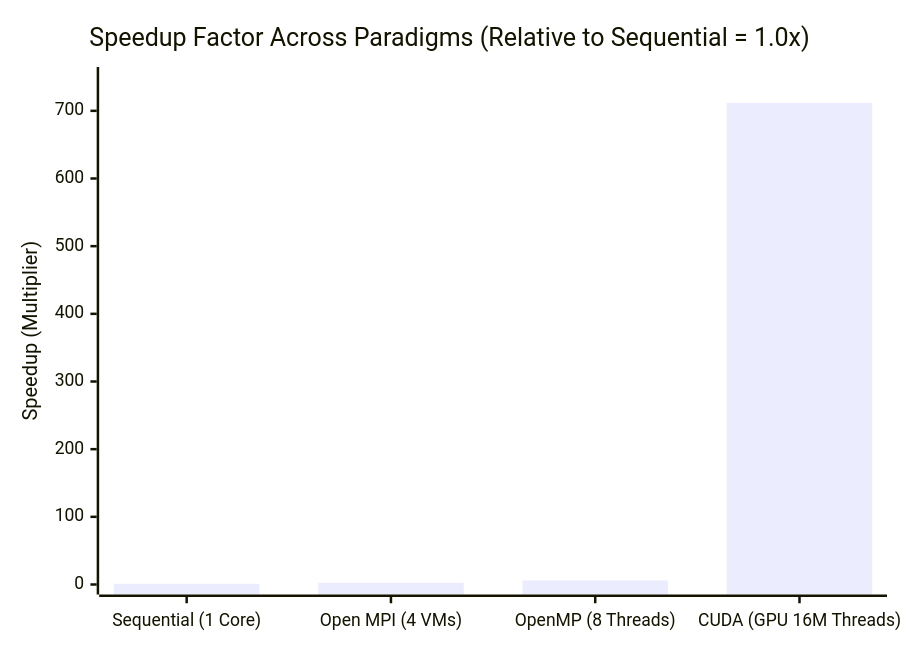
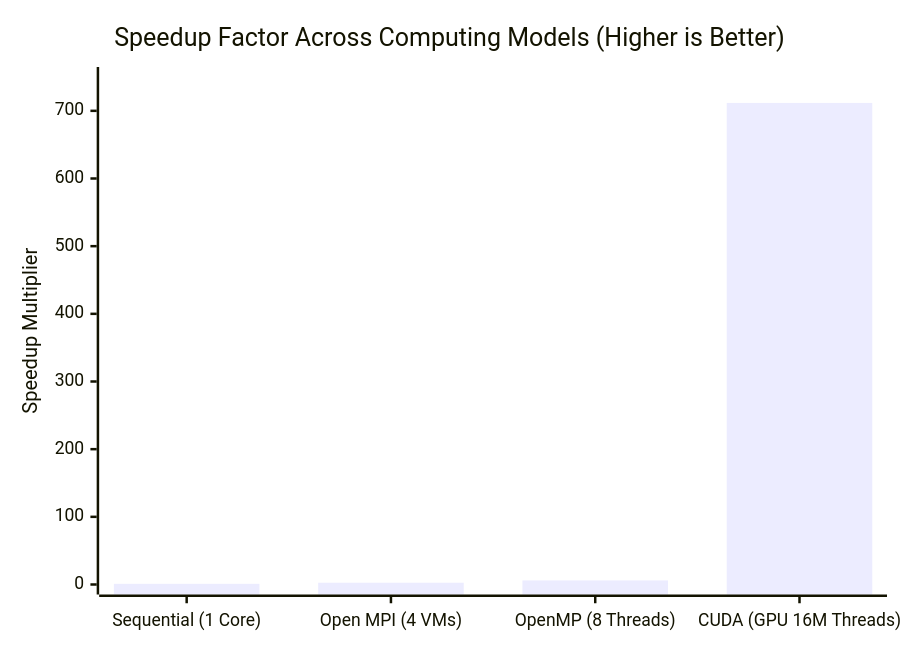
The first of 3 diagrams in README.md (mehaksayedyusuf/Parallel-and-GPU-Computing), drawn with Mermaid before and after one commit. The commit also changed other lines of this file and 20 other files, not shown here.

````diff
--- a/README.md
+++ b/README.md
@@ -97,7 +312,7 @@
 ```mermaid
 xychart-beta
-    title "Speedup Factor Across Paradigms (Relative to Sequential = 1.0x)"
+    title "Speedup Factor Across Computing Models (Higher is Better)"
     x-axis ["Sequential (1 Core)", "Open MPI (4 VMs)", "OpenMP (8 Threads)", "CUDA (GPU 16M Threads)"]
-    y-axis "Speedup (Multiplier)" 0 --> 750
+    y-axis "Speedup Multiplier" 0 --> 750
     bar [1.0, 2.63, 6.02, 711.68]
 ```
````
